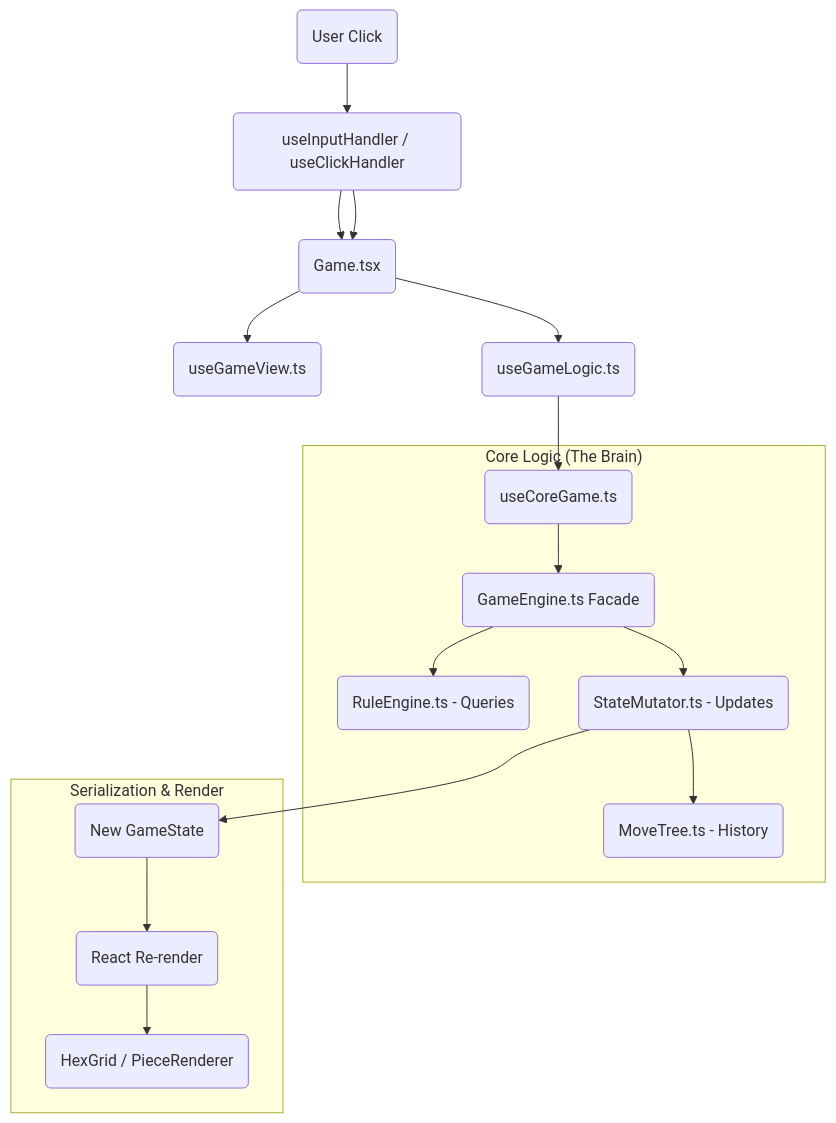
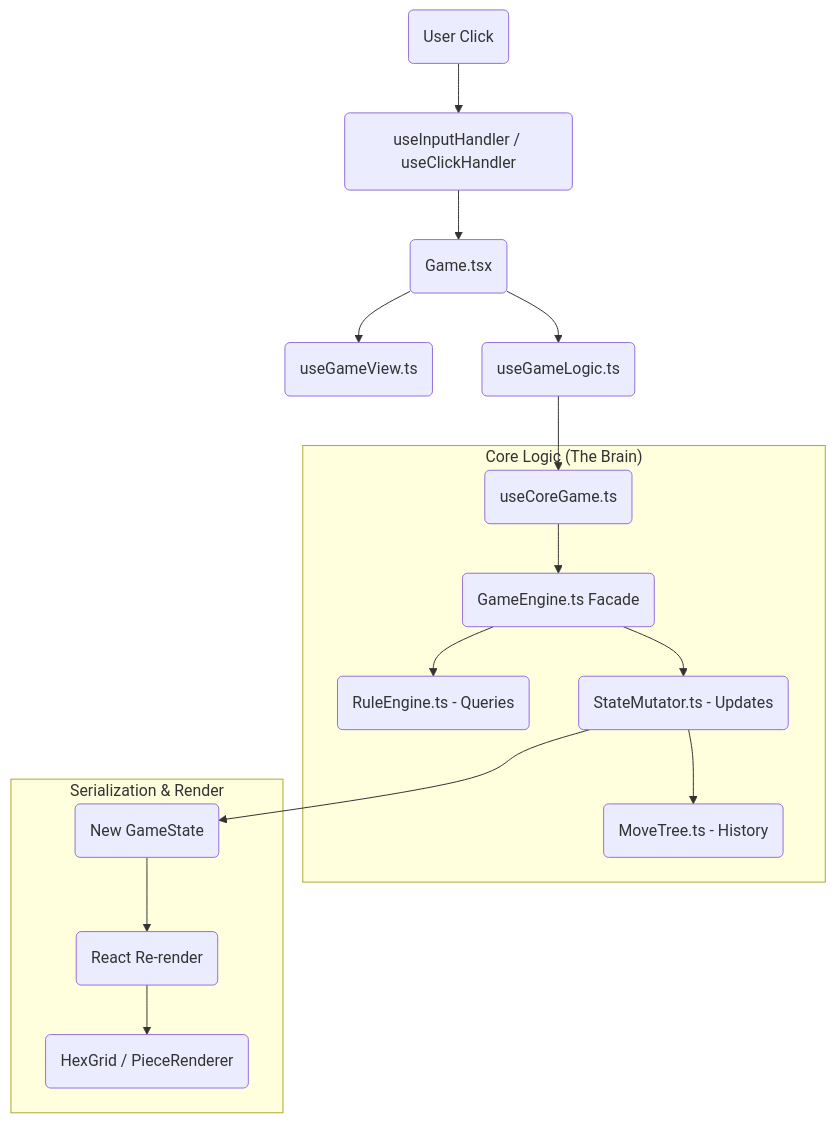
Before and after one commit to LiamLlamazares/Castles: the diagram in info/ANALYSIS_ARCHITECTURE.md, drawn with Mermaid. The commit also changed other lines of this file, not shown here.

Commit message:
Updated architecture doc

````diff
--- a/info/ANALYSIS_ARCHITECTURE.md
+++ b/info/ANALYSIS_ARCHITECTURE.md
@@ -17,22 +14,21 @@
 ```mermaid
 graph TD
     User(User Click) --> InputHandler(useInputHandler / useClickHandler)
-    InputHandler --> GameComp(Game.tsx)
     InputHandler --> GameComp(Game.tsx)
     GameComp --> ViewHook(useGameView.ts)
     GameComp --> LogicHook(useGameLogic.ts)
     LogicHook --> CoreHook(useCoreGame.ts)
     
     subgraph "Core Logic (The Brain)"
         CoreHook --> GameEngine(GameEngine.ts Facade)
         GameEngine --> RuleEngine(RuleEngine.ts - Queries)
         GameEngine --> StateMutator(StateMutator.ts - Updates)
         StateMutator --> MoveTree(MoveTree.ts - History)
     end
     
     subgraph "Serialization & Render"
         StateMutator --> NewState(New GameState)
         NewState --> ReactRender(React Re-render)
         ReactRender --> UI(HexGrid / PieceRenderer)
     end
 ```
````
